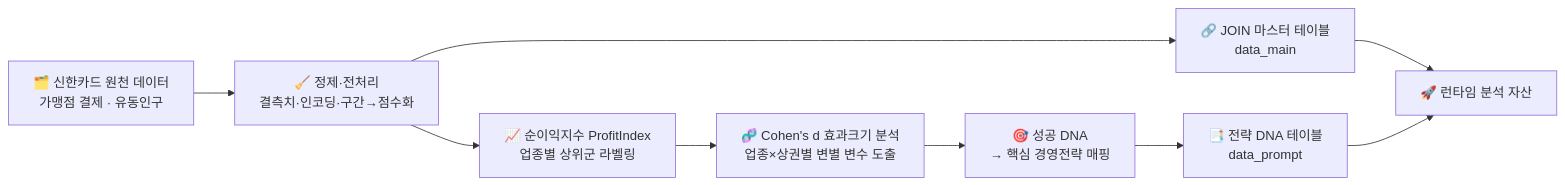
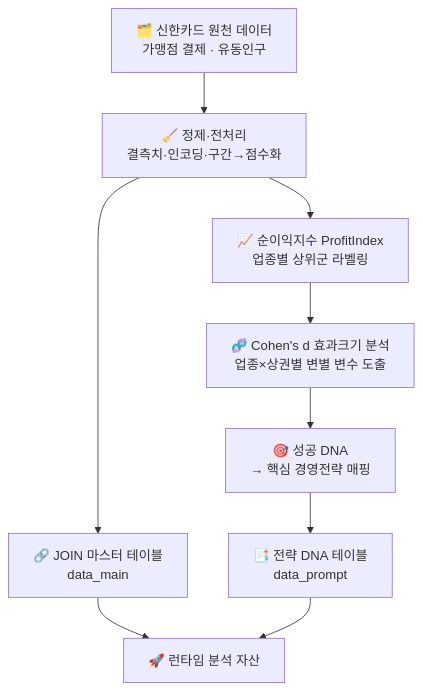
Before and after one commit to AISWKimBeomSu/shcard_2025_bigcontest: the first of 2 diagrams in README.md, drawn with Mermaid.

Commit message:
Make offline pipeline diagram top-down for readability

````diff
--- a/README.md
+++ b/README.md
@@ -46,11 +46,11 @@
 ```mermaid
-flowchart LR
+flowchart TD
     A["🗂️ 신한카드 원천 데이터<br/>가맹점 결제 · 유동인구"] --> B["🧹 정제·전처리<br/>결측치·인코딩·구간→점수화"]
     B --> C["📈 순이익지수 ProfitIndex<br/>업종별 상위군 라벨링"]
     C --> D["🧬 Cohen's d 효과크기 분석<br/>업종×상권별 변별 변수 도출"]
     D --> E["🎯 성공 DNA<br/>→ 핵심 경영전략 매핑"]
     B --> F["🔗 JOIN 마스터 테이블<br/>data_main"]
     E --> G["📑 전략 DNA 테이블<br/>data_prompt"]
     F --> H["🚀 런타임 분석 자산"]
     G --> H
 ```
````
